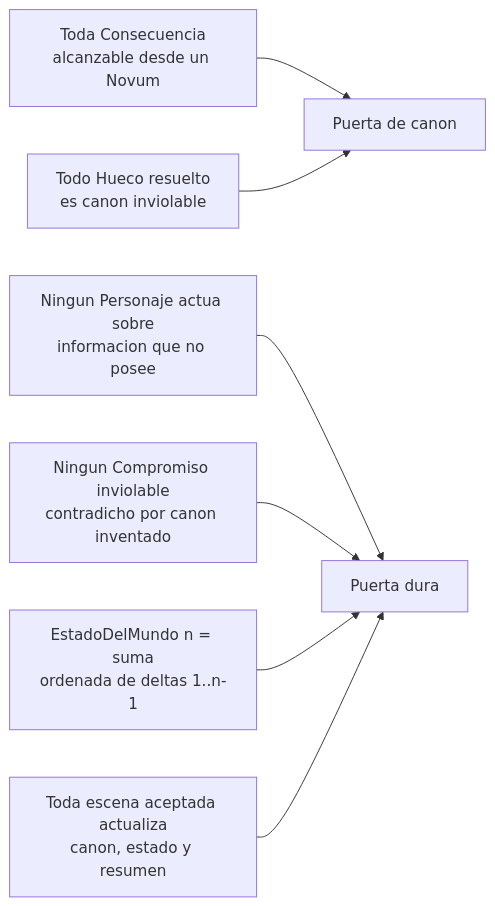
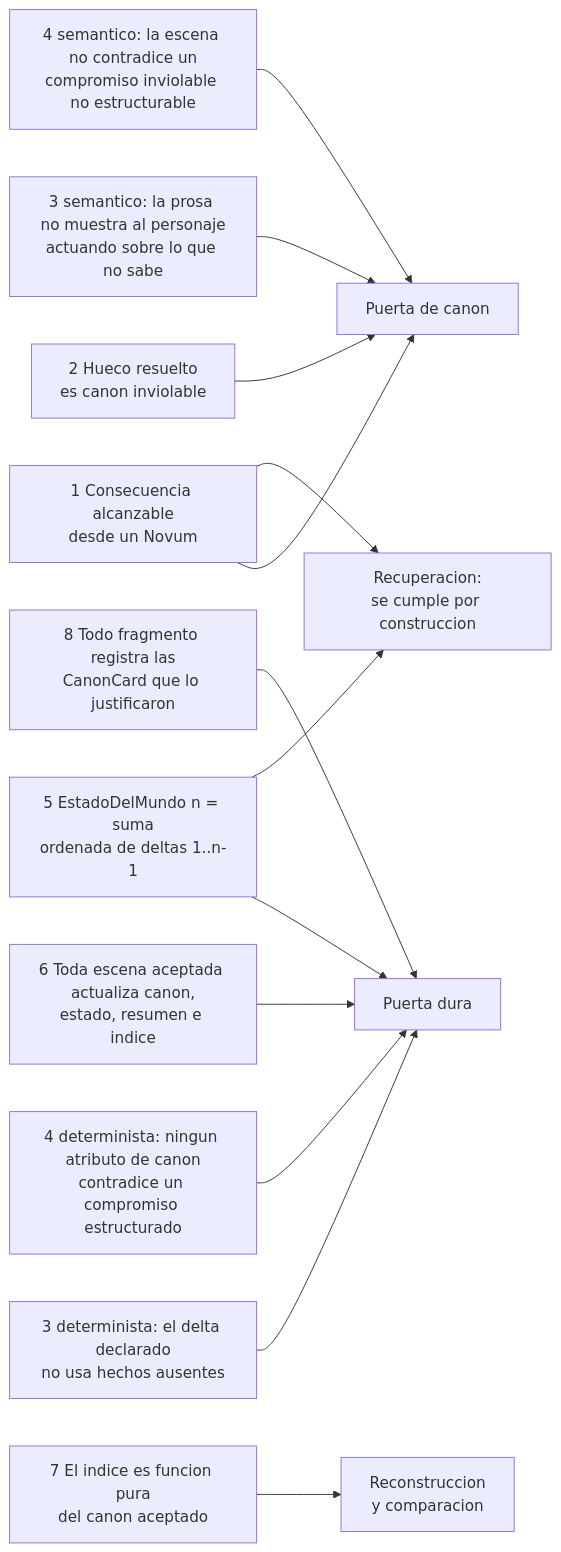
One commit to JNico-rb/story-maker changed the seventh of 10 diagrams in docs/architecture.md. Above: the diagram before and after it, drawn with Mermaid. The commit also changed other lines of this file and 10 other files, not shown here.

````diff
--- a/docs/architecture.md
+++ b/docs/architecture.md
@@ -272,9 +490,15 @@
 ```mermaid
 graph LR
-    I1[Toda Consecuencia<br/>alcanzable desde un Novum] --> PC[Puerta de canon]
-    I2[Todo Hueco resuelto<br/>es canon inviolable] --> PC
-    I3[Ningun Personaje actua sobre<br/>informacion que no posee] --> PDU[Puerta dura]
-    I4[Ningun Compromiso inviolable<br/>contradicho por canon inventado] --> PDU
-    I5[EstadoDelMundo n = suma<br/>ordenada de deltas 1..n-1] --> PDU
-    I6[Toda escena aceptada actualiza<br/>canon, estado y resumen] --> PDU
+    I1[1 Consecuencia alcanzable<br/>desde un Novum] --> PC[Puerta de canon]
+    I1 --> RECU[Recuperacion:<br/>se cumple por construccion]
+    I2[2 Hueco resuelto<br/>es canon inviolable] --> PC
+    I3D[3 determinista: el delta declarado<br/>no usa hechos ausentes] --> PDU[Puerta dura]
+    I3S[3 semantico: la prosa no muestra al personaje<br/>actuando sobre lo que no sabe] --> PC
+    I4D[4 determinista: ningun atributo de canon<br/>contradice un compromiso estructurado] --> PDU
+    I4S[4 semantico: la escena no contradice un<br/>compromiso inviolable no estructurable] --> PC
+    I5[5 EstadoDelMundo n = suma<br/>ordenada de deltas 1..n-1] --> PDU
+    I5 --> RECU
+    I6[6 Toda escena aceptada actualiza canon,<br/>estado, resumen e indice] --> PDU
+    I7[7 El indice es funcion pura<br/>del canon aceptado] --> REC[Reconstruccion<br/>y comparacion]
+    I8[8 Todo fragmento registra las<br/>CanonCard que lo justificaron] --> PDU
 ```
````
